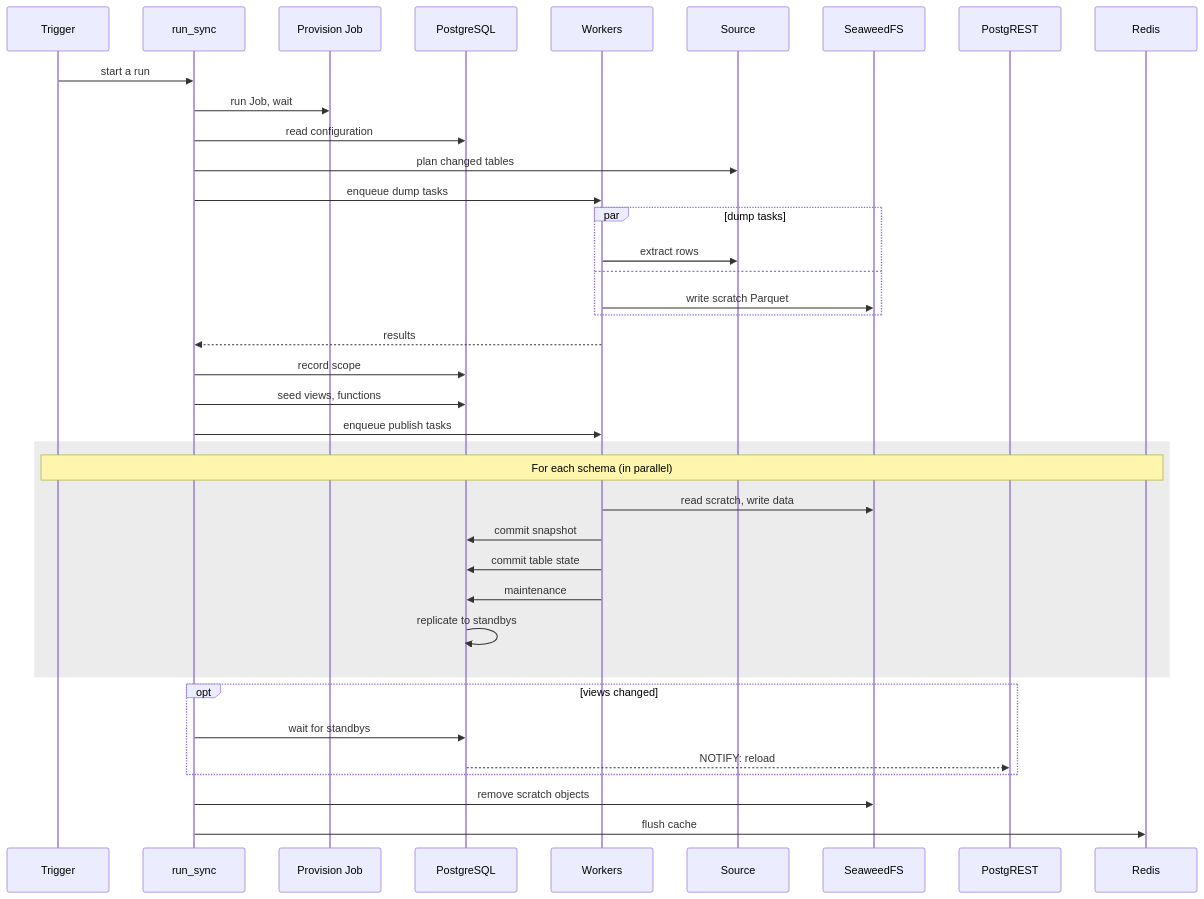
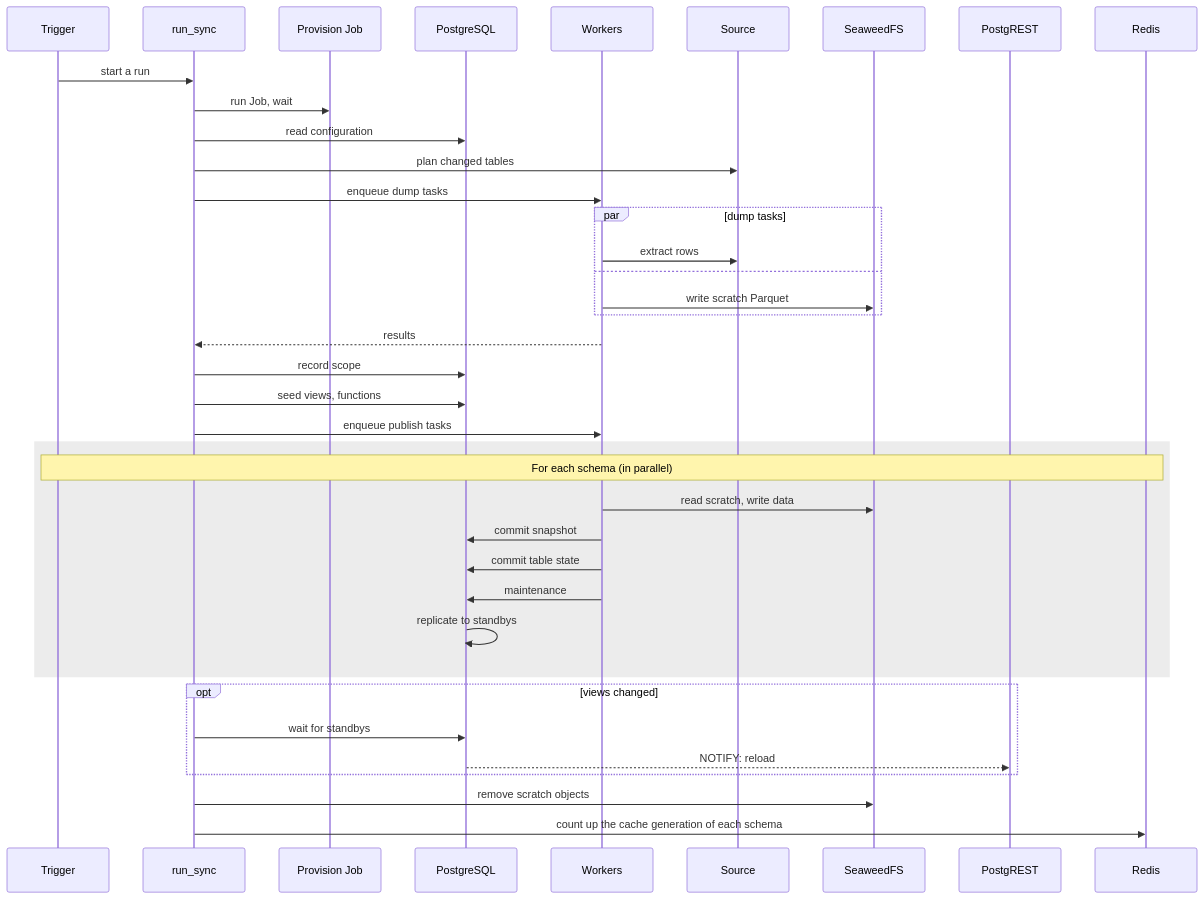
One commit to prefeitura-rio/data-proxy changed the first of 2 diagrams in docs/architecture/sync.md. Above: the diagram before and after it, drawn with Mermaid. The commit also changed 21 other files, not shown here.

First line of the commit message:
feat(proxy): give each schema its own cache generation

````diff
--- a/docs/architecture/sync.md
+++ b/docs/architecture/sync.md
@@ -52,41 +52,41 @@
 ```mermaid
 %% Sync run sequence
 sequenceDiagram
   participant t as Trigger
   participant run as run_sync
   participant prov as Provision Job
   participant pg as PostgreSQL
   participant wk as Workers
   participant src as Source
   participant s3 as SeaweedFS
   participant api as PostgREST
   participant r as Redis
   t->>run: start a run
   run->>prov: run Job, wait
   run->>pg: read configuration
   run->>src: plan changed tables
   run->>wk: enqueue dump tasks
   par dump tasks
     wk->>src: extract rows
   and
     wk->>s3: write scratch Parquet
   end
   wk-->>run: results
   run->>pg: record scope
   run->>pg: seed views, functions
   run->>wk: enqueue publish tasks
   rect rgba(128, 128, 128, 0.15)
     Note over t,r: For each schema (in parallel)
     wk->>s3: read scratch, write data
     wk->>pg: commit snapshot
     wk->>pg: commit table state
     wk->>pg: maintenance
     pg->>pg: replicate to standbys
   end
   opt views changed
     run->>pg: wait for standbys
     pg-->>api: NOTIFY: reload
   end
   run->>s3: remove scratch objects
-  run->>r: flush cache
+  run->>r: count up the cache generation of each schema
 ```
````
